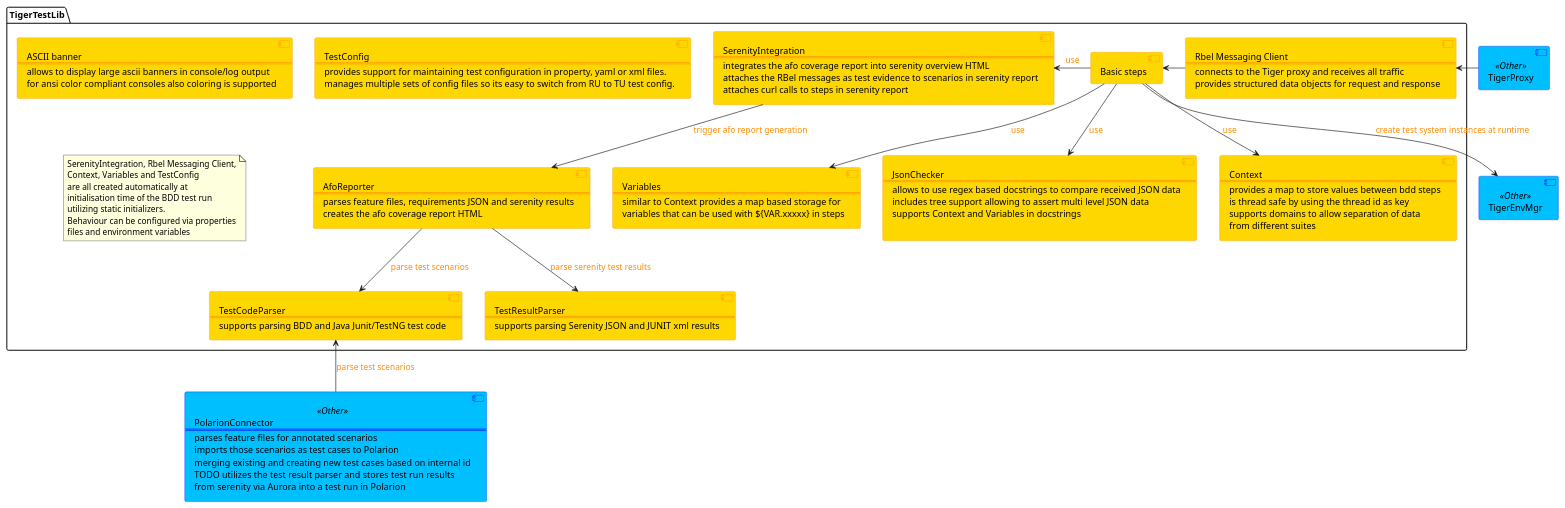
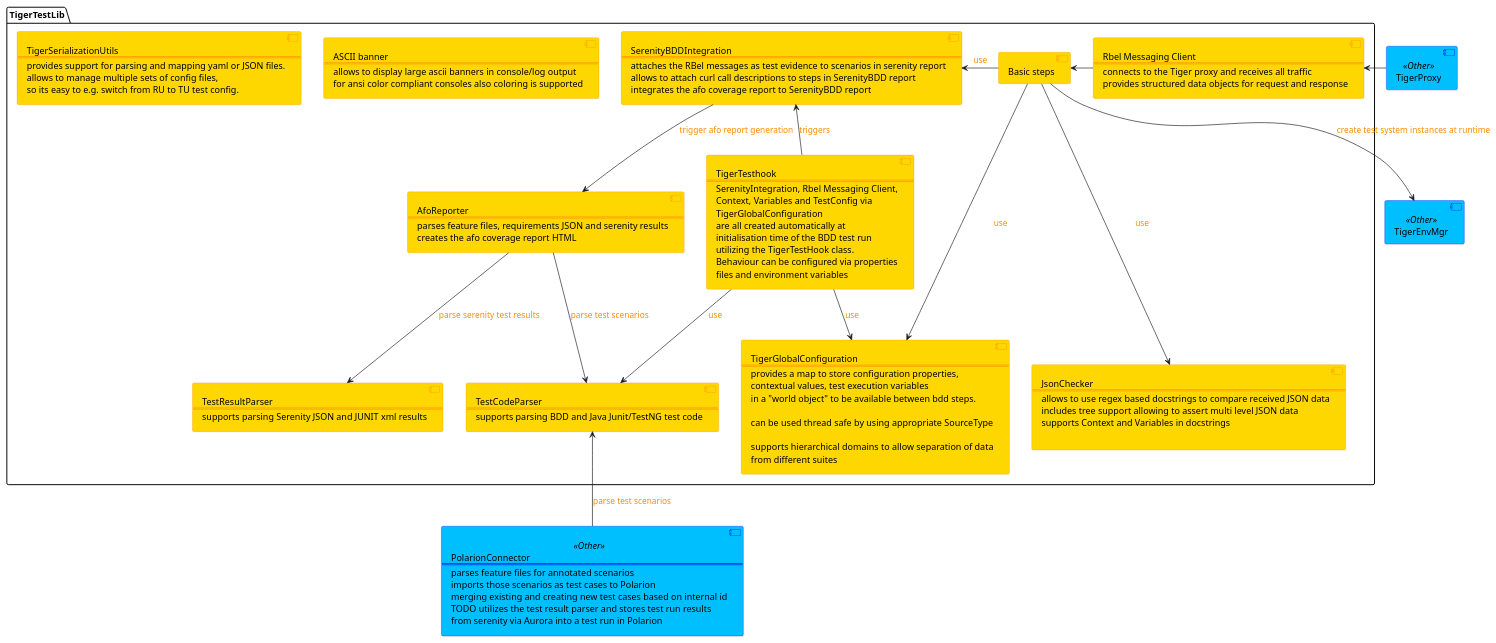
One commit to gematik/app-Tiger changed the diagram in doc/specification/tiger-test-lib_components.puml. Above: the diagram before and after it, drawn with PlantUML. The commit also changed 192 other files, not shown here.

```diff
--- a/doc/specification/tiger-test-lib_components.puml
+++ b/doc/specification/tiger-test-lib_components.puml
@@ -1,121 +1,125 @@
 @startuml
 skinparam component {
     BackgroundColor Gold
     BorderColor DarkOrange
     BackgroundColor<<External>> LightGray
     BorderColor<<External>> Blue
     BackgroundColor<<Idp>> LightGreen
     BorderColor<<Idp>> Green
     BackgroundColor<<Other>> DeepSkyBlue
     BorderColor<<Other>> Blue
     BackgroundColor<<NextRelease>> LightGray
     FontColor<<NextRelease>> Gray
     BorderColor<<NextRelease>> Gray
     ArrowColor<<HTTP>> DodgerBlue
     FontColor<<HTTP>> Gray
     ArrowFontColor DarkOrange
     ArrowThickness 1
 }
 
 skinparam interface {
     BorderColor<<HTTP>> DodgerBlue
 }
 
     component TigerProxy as tp <<Other>>
     component TigerEnvMgr as tem <<Other>>
     component polc <<Other>> [PolarionConnector
       ===
       parses feature files for annotated scenarios
       imports those scenarios as test cases to Polarion
       merging existing and creating new test cases based on internal id
       TODO utilizes the test result parser and stores test run results
       from serenity via Aurora into a test run in Polarion
     ]
 
     package TigerTestLib {
       component "Basic steps" as bs
       component jsonchck [JsonChecker
         ===
         allows to use regex based docstrings to compare received JSON data
         includes tree support allowing to assert multi level JSON data
         supports Context and Variables in docstrings
 
       ]
-      component ctxt [Context
+      component tgcfg [TigerGlobalConfiguration
         ===
-        provides a map to store values between bdd steps
-        is thread safe by using the thread id as key
-        supports domains to allow separation of data
+        provides a map to store configuration properties,
+        contextual values, test execution variables
+        in a "world object" to be available between bdd steps.
+
+        can be used thread safe by using appropriate SourceType
+
+        supports hierarchical domains to allow separation of data
         from different suites
       ]
-      component var [Variables
-        ===
-        similar to Context provides a map based storage for
-        variables that can be used with ${VAR.xxxxx} in steps
-      ]
+'        similar to Context provides a map based storage for
+'        variables that can be used with ${VAR.xxxxx} in steps
       component rbelcli [Rbel Messaging Client
         ===
         connects to the Tiger proxy and receives all traffic
         provides structured data objects for request and response
       ]
       component aforep [AfoReporter
         ===
         parses feature files, requirements JSON and serenity results
         creates the afo coverage report HTML
       ]
       component codepars [TestCodeParser
         ===
         supports parsing BDD and Java Junit/TestNG test code
       ]
       component resparse [TestResultParser
         ===
         supports parsing Serenity JSON and JUNIT xml results
       ]
-      component serint [SerenityIntegration
+      component serint [SerenityBDDIntegration
         ===
-        integrates the afo coverage report into serenity overview HTML
         attaches the RBel messages as test evidence to scenarios in serenity report
-        attaches curl calls to steps in serenity report
+        allows to attach curl call descriptions to steps in SerenityBDD report
+        integrates the afo coverage report to SerenityBDD report
       ]
       component banner [ASCII banner
-              ===
-              allows to display large ascii banners in console/log output
-              for ansi color compliant consoles also coloring is supported
-            ]
-            component testcfg [TestConfig
-                    ===
-                    provides support for maintaining test configuration in property, yaml or xml files.
-                    manages multiple sets of config files so its easy to switch from RU to TU test config.
-                  ]
+        ===
+        allows to display large ascii banners in console/log output
+        for ansi color compliant consoles also coloring is supported
+      ]
+      component testcfg [TigerSerializationUtils
+        ===
+        provides support for parsing and mapping yaml or JSON files.
+        allows to manage multiple sets of config files,
+        so its easy to e.g. switch from RU to TU test config.
+      ]
 
-          note as n1
-            SerenityIntegration, Rbel Messaging Client,
-            Context, Variables and TestConfig
-            are all created automatically at
-            initialisation time of the BDD test run
-            utilizing static initializers.
-            Behaviour can be configured via properties
-            files and environment variables
-          end note
-
-
+      component tth [TigerTesthook
+        ===
+        SerenityIntegration, Rbel Messaging Client,
+        Context, Variables and TestConfig via
+        TigerGlobalConfiguration
+        are all created automatically at
+        initialisation time of the BDD test run
+        utilizing the TigerTestHook class.
+        Behaviour can be configured via properties
+        files and environment variables
+      ]
     }
 
     aforep -down-> codepars : parse test scenarios
     aforep -down-> resparse : parse serenity test results
 
     polc -up-> codepars : parse test scenarios
 
     serint -down-> aforep : trigger afo report generation
 
-    bs -down-> ctxt : use
-    bs -down-> var : use
-    bs -down-> jsonchck : use
+    bs -down-> tgcfg : use
+    bs -down--> jsonchck : use
     bs -left-> serint : use
 
     bs -down-> tem : create test system instances at runtime
 
     bs <-right- rbelcli
     tp -left-> rbelcli
 
+    tth --> codepars: use
+    tth -up-> serint : triggers
+    tth --> tgcfg: use
 @enduml
```
